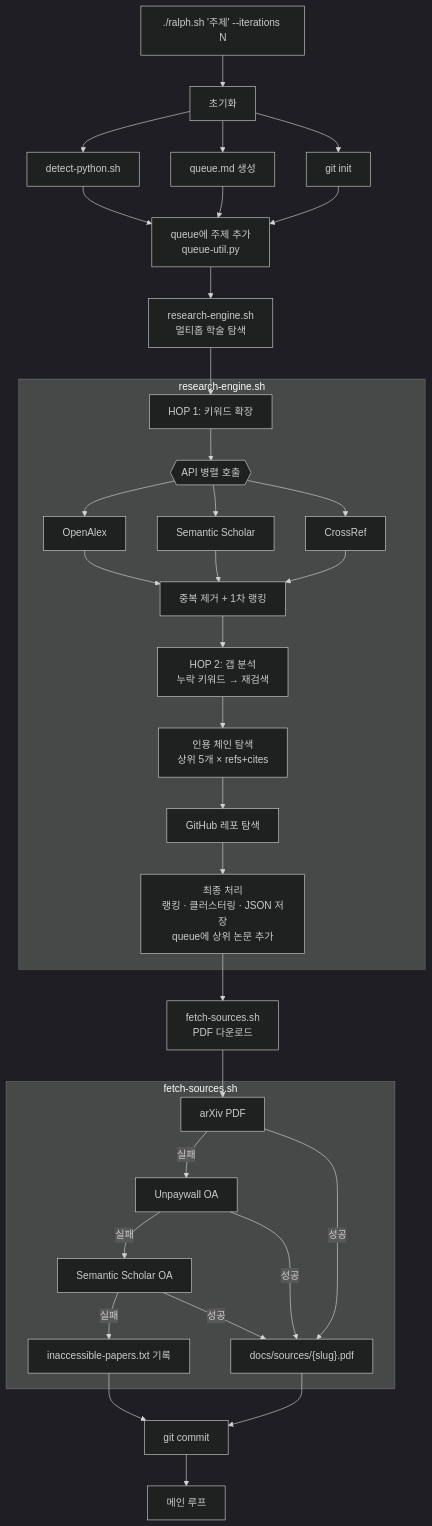
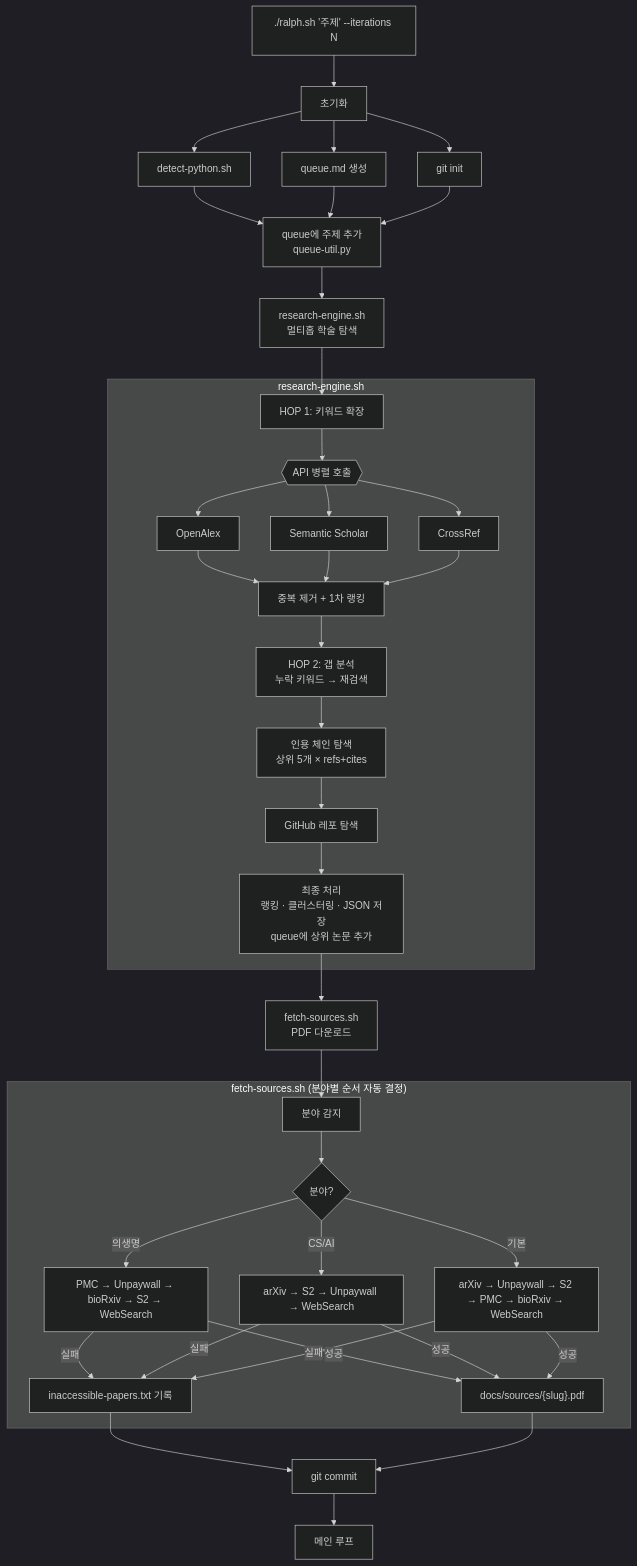
Before and after one commit to dnjsduf/research-loop: the first of 6 diagrams in CLAUDE.md, drawn with Mermaid (dark theme). The commit also changed other lines of this file and 42 other files, not shown here.

First line of the commit message:
feat: recovery 래퍼 + 헬스체크 + 리밋 재시도 시스템, fetch-sources/detect-python 대폭 개선

````diff
--- a/CLAUDE.md
+++ b/CLAUDE.md
@@ -8,39 +8,39 @@
 ```mermaid
 flowchart TD
     A["./ralph.sh '주제' --iterations N"] --> B[초기화]
     B --> B1[detect-python.sh]
     B --> B2[queue.md 생성]
     B --> B3[git init]
     B1 & B2 & B3 --> C[queue에 주제 추가<br/>queue-util.py]
 
     C --> D[research-engine.sh<br/>멀티홉 학술 탐색]
 
     subgraph RE ["research-engine.sh"]
         D1[HOP 1: 키워드 확장] --> D2{{"API 병렬 호출"}}
         D2 --> OA[OpenAlex]
         D2 --> SS[Semantic Scholar]
         D2 --> CR[CrossRef]
         OA & SS & CR --> D3[중복 제거 + 1차 랭킹]
         D3 --> D4[HOP 2: 갭 분석<br/>누락 키워드 → 재검색]
         D4 --> D5[인용 체인 탐색<br/>상위 5개 × refs+cites]
         D5 --> D6[GitHub 레포 탐색]
         D6 --> D7["최종 처리<br/>랭킹 · 클러스터링 · JSON 저장<br/>queue에 상위 논문 추가"]
     end
     D --> D1
     D7 --> E
 
     E[fetch-sources.sh<br/>PDF 다운로드]
 
-    subgraph FS ["fetch-sources.sh"]
-        E1[arXiv PDF] -->|실패| E2[Unpaywall OA]
-        E2 -->|실패| E3[Semantic Scholar OA]
-        E3 -->|실패| E4[inaccessible-papers.txt 기록]
-        E1 -->|성공| E5["docs/sources/{slug}.pdf"]
-        E2 -->|성공| E5
-        E3 -->|성공| E5
+    subgraph FS ["fetch-sources.sh (분야별 순서 자동 결정)"]
+        E1[분야 감지] --> E1a{분야?}
+        E1a -->|의생명| E2a["PMC → Unpaywall → bioRxiv → S2 → WebSearch"]
+        E1a -->|CS/AI| E2b["arXiv → S2 → Unpaywall → WebSearch"]
+        E1a -->|기본| E2c["arXiv → Unpaywall → S2 → PMC → bioRxiv → WebSearch"]
+        E2a & E2b & E2c -->|성공| E5["docs/sources/{slug}.pdf"]
+        E2a & E2b & E2c -->|실패| E4[inaccessible-papers.txt 기록]
     end
     E --> E1
 
     E4 & E5 --> F[git commit]
     F --> G[메인 루프]
 ```
````
